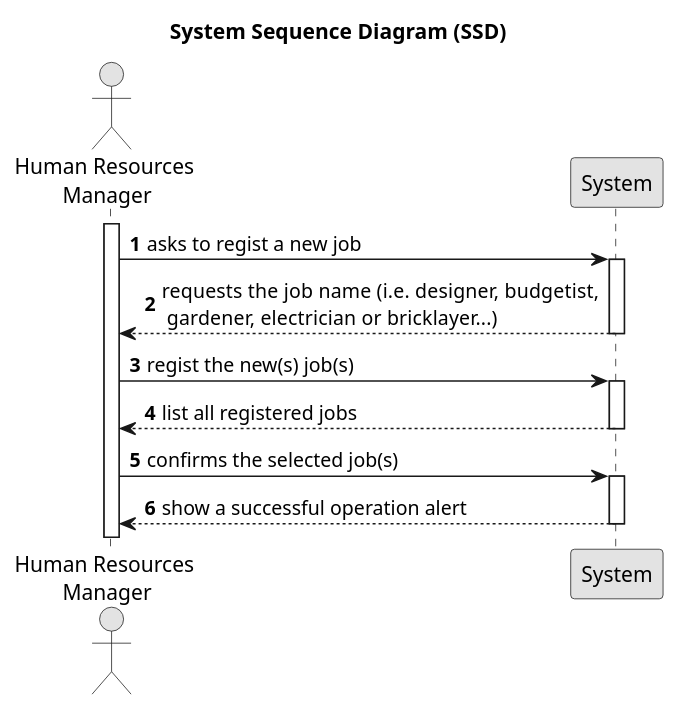
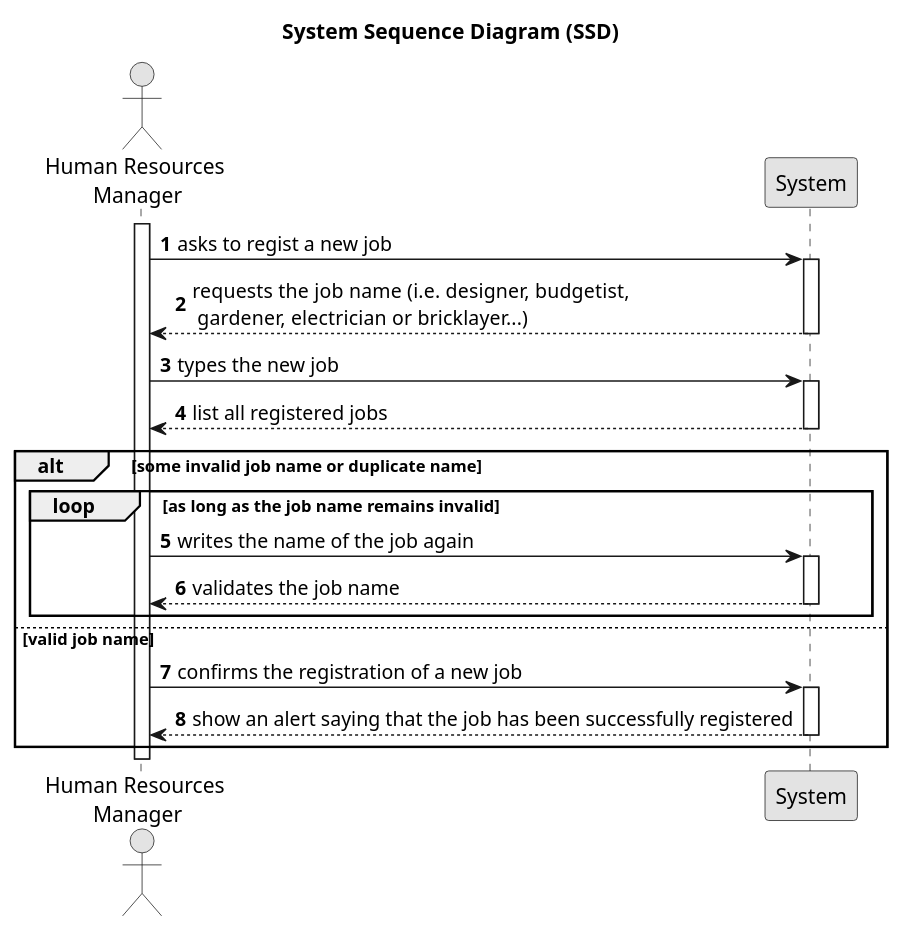
One commit to 1231360-ISEP/lei-24-s2-1db-g021 changed the diagram in docs/sprintA/us002/01.requirements-engineering/puml/us002-system-sequence-diagram-alternative-one.puml. Above: the diagram before and after it, drawn with PlantUML. The commit also changed 2 other files, not shown here.

Commit message:
User Stories 2 and 6 - System Sequence Diagram modified

```diff
--- a/docs/sprintA/us002/01.requirements-engineering/puml/us002-system-sequence-diagram-alternative-one.puml
+++ b/docs/sprintA/us002/01.requirements-engineering/puml/us002-system-sequence-diagram-alternative-one.puml
@@ -1,32 +1,43 @@
 @startuml
 skinparam monochrome true
 skinparam packageStyle rectangle
 skinparam shadowing false
 
 title System Sequence Diagram (SSD)
 
 autonumber
 
 actor "Human Resources \nManager" as HRM
 participant "System" as System
 
 activate HRM
 
     HRM -> System : asks to regist a new job
-    activate System
+        activate System
 
-        System --> HRM : requests the job name (i.e.  designer, budgetist,\n gardener, electrician or bricklayer...)
-    deactivate System
+    System --> HRM : requests the job name (i.e.  designer, budgetist,\n gardener, electrician or bricklayer...)
+        deactivate System
 
-    HRM -> System : regist the new(s) job(s)
-    activate System
+    HRM -> System : types the new job
+        activate System
 
-        System --> HRM : list all registered jobs
-    deactivate System
+    System --> HRM : list all registered jobs
+        deactivate System
 
-    HRM -> System : confirms the selected job(s)
-    activate System
+    alt some invalid job name or duplicate name
+        loop as long as the job name remains invalid
+            HRM -> System : writes the name of the job again
+                activate System
 
-        System --> HRM : show a successful operation alert
-    deactivate System
+            System --> HRM : validates the job name
+                deactivate System
+        end
+    else valid job name
+        HRM -> System : confirms the registration of a new job
+            activate System
+
+        System --> HRM : show an alert saying that the job has been successfully registered
+            deactivate System
+    end
+
 @enduml
```
